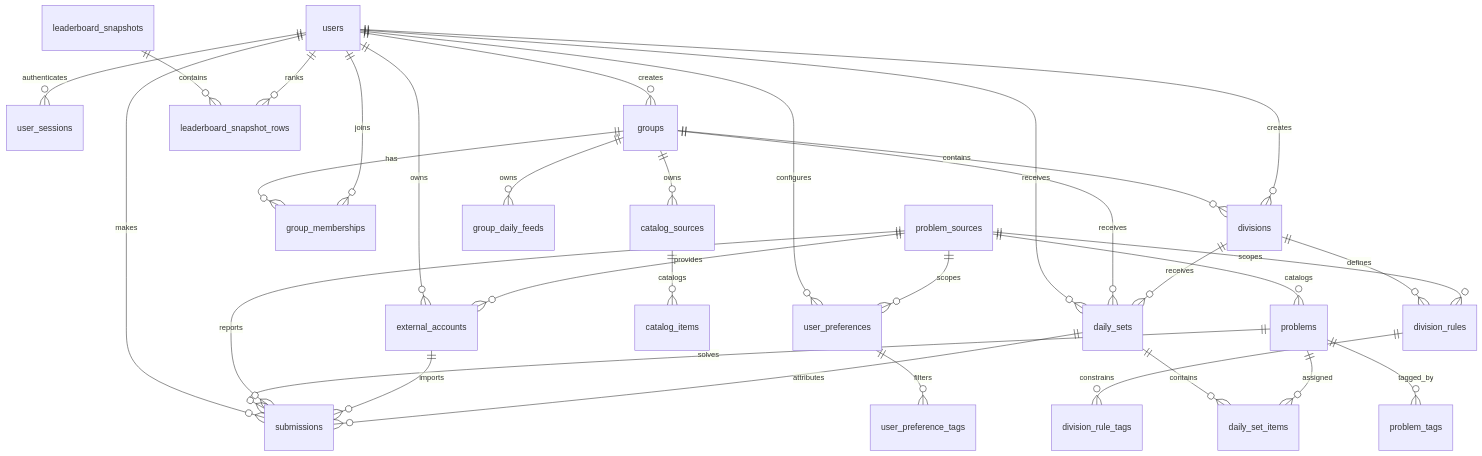
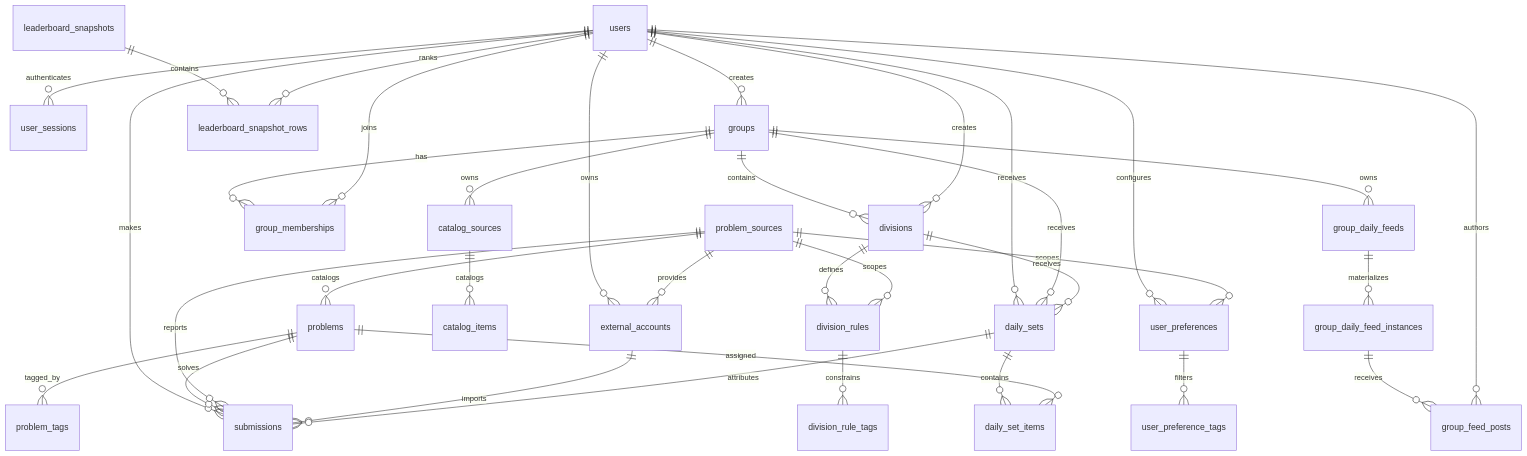
One commit to JTan2231/arcade changed the diagram in docs/data-model.md. Above: the diagram before and after it, drawn with Mermaid. The commit also changed other lines of this file and 8 other files, not shown here.

````diff
--- a/docs/data-model.md
+++ b/docs/data-model.md
@@ -23,39 +23,42 @@
 ```mermaid
 erDiagram
     users ||--o{ user_sessions : authenticates
     users ||--o{ external_accounts : owns
     problem_sources ||--o{ external_accounts : provides
     problem_sources ||--o{ problems : catalogs
     problems ||--o{ problem_tags : tagged_by
 
     users ||--o{ user_preferences : configures
     problem_sources ||--o{ user_preferences : scopes
     user_preferences ||--o{ user_preference_tags : filters
 
     users ||--o{ groups : creates
     groups ||--o{ group_memberships : has
     groups ||--o{ catalog_sources : owns
     catalog_sources ||--o{ catalog_items : catalogs
     groups ||--o{ group_daily_feeds : owns
     users ||--o{ group_memberships : joins
     groups ||--o{ divisions : contains
     users ||--o{ divisions : creates
     divisions ||--o{ division_rules : defines
     problem_sources ||--o{ division_rules : scopes
     division_rules ||--o{ division_rule_tags : constrains
+    group_daily_feeds ||--o{ group_daily_feed_instances : materializes
+    group_daily_feed_instances ||--o{ group_feed_posts : receives
+    users ||--o{ group_feed_posts : authors
 
     users ||--o{ daily_sets : receives
     groups ||--o{ daily_sets : receives
     divisions ||--o{ daily_sets : receives
     daily_sets ||--o{ daily_set_items : contains
     problems ||--o{ daily_set_items : assigned
 
     users ||--o{ submissions : makes
     problems ||--o{ submissions : solves
     problem_sources ||--o{ submissions : reports
     external_accounts ||--o{ submissions : imports
     daily_sets ||--o{ submissions : attributes
 
     leaderboard_snapshots ||--o{ leaderboard_snapshot_rows : contains
     users ||--o{ leaderboard_snapshot_rows : ranks
 ```
````
